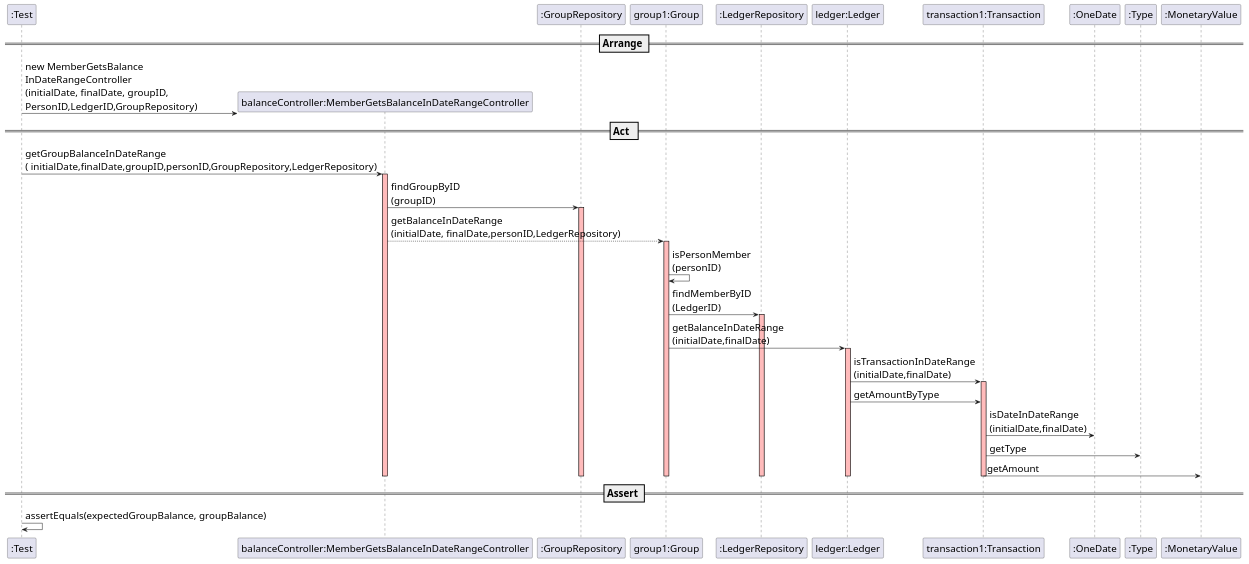
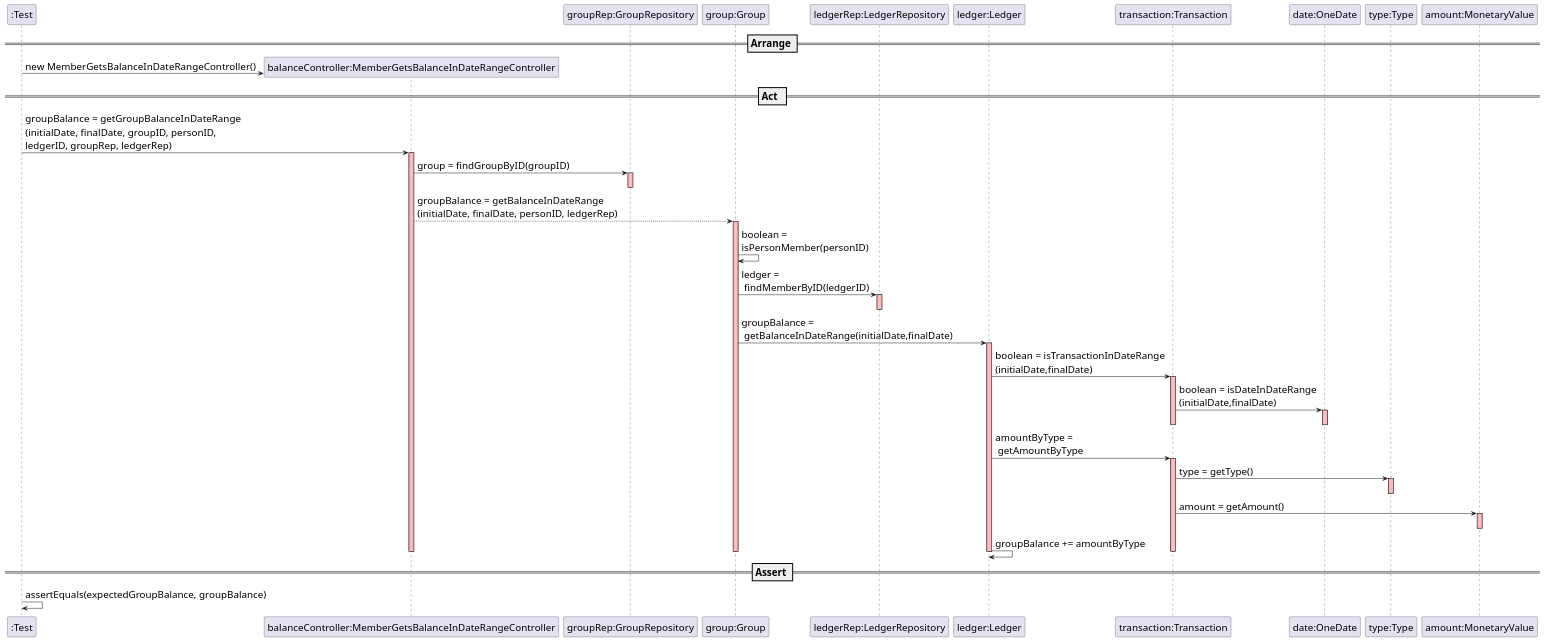
One commit to mleitaoribeiro/DevOpsMaven changed the diagram in src/main/java/switch2019/project/controllers/MemberGetsBalanceInDateRangeDDD.puml. Above: the diagram before and after it, drawn with PlantUML.

```diff
--- a/src/main/java/switch2019/project/controllers/MemberGetsBalanceInDateRangeDDD.puml
+++ b/src/main/java/switch2019/project/controllers/MemberGetsBalanceInDateRangeDDD.puml
@@ -1,65 +1,69 @@
 @startuml
 
 skinparam DefaultFontSize 20
 
 create ":Test"
 
 == Arrange ==
 
 create "balanceController:MemberGetsBalanceInDateRangeController"
-":Test" -> "balanceController:MemberGetsBalanceInDateRangeController" : new MemberGetsBalance\nInDateRangeController\n(initialDate, finalDate, groupID, \nPersonID,LedgerID,GroupRepository)
+":Test" -> "balanceController:MemberGetsBalanceInDateRangeController" : new MemberGetsBalanceInDateRangeController()
 
-participant ":GroupRepository"
-
-participant "group1:Group"
-
-participant ":LedgerRepository"
-
+participant "groupRep:GroupRepository"
+participant "group:Group"
+participant "ledgerRep:LedgerRepository"
 participant "ledger:Ledger"
-
-participant "transaction1:Transaction"
+participant "transaction:Transaction"
 
 == Act  ==
 
-":Test" -> "balanceController:MemberGetsBalanceInDateRangeController" : getGroupBalanceInDateRange\n( initialDate,finalDate,groupID,personID,GroupRepository,LedgerRepository)
+":Test" -> "balanceController:MemberGetsBalanceInDateRangeController" : groupBalance = getGroupBalanceInDateRange\n(initialDate, finalDate, groupID, personID, \nledgerID, groupRep, ledgerRep)
 activate "balanceController:MemberGetsBalanceInDateRangeController" #FFBBBB
 
-"balanceController:MemberGetsBalanceInDateRangeController" -> ":GroupRepository": findGroupByID\n(groupID)
-activate ":GroupRepository" #FFBBBB
+"balanceController:MemberGetsBalanceInDateRangeController" -> "groupRep:GroupRepository": group = findGroupByID(groupID)
+activate "groupRep:GroupRepository" #FFBBBB
+deactivate "groupRep:GroupRepository"
 
-"balanceController:MemberGetsBalanceInDateRangeController" --> "group1:Group": getBalanceInDateRange\n(initialDate, finalDate,personID,LedgerRepository)
-activate "group1:Group" #FFBBBB
+"balanceController:MemberGetsBalanceInDateRangeController" --> "group:Group": groupBalance = getBalanceInDateRange\n(initialDate, finalDate, personID, ledgerRep)
+activate "group:Group" #FFBBBB
 
-"group1:Group" -> "group1:Group": isPersonMember\n(personID)
+"group:Group" -> "group:Group": boolean =\nisPersonMember(personID)
+"group:Group" -> "ledgerRep:LedgerRepository": ledger =\n findMemberByID(ledgerID)
+activate "ledgerRep:LedgerRepository" #FFBBBB
+deactivate "ledgerRep:LedgerRepository"
 
-"group1:Group" -> ":LedgerRepository": findMemberByID\n(LedgerID)
-activate ":LedgerRepository" #FFBBBB
-
-"group1:Group" -> "ledger:Ledger": getBalanceInDateRange\n(initialDate,finalDate)
+"group:Group" -> "ledger:Ledger": groupBalance =\n getBalanceInDateRange(initialDate,finalDate)
 activate "ledger:Ledger" #FFBBBB
 
+"ledger:Ledger" -> "transaction:Transaction": boolean = isTransactionInDateRange\n(initialDate,finalDate)
+activate "transaction:Transaction" #FFBBBB
+"transaction:Transaction" -> "date:OneDate": boolean = isDateInDateRange\n(initialDate,finalDate)
+activate "date:OneDate" #FFBBBB
+deactivate "date:OneDate"
+deactivate "transaction:Transaction"
 
-"ledger:Ledger" -> "transaction1:Transaction": isTransactionInDateRange\n(initialDate,finalDate)
-activate "transaction1:Transaction" #FFBBBB
+"ledger:Ledger" -> "transaction:Transaction": amountByType =\n getAmountByType
+activate "transaction:Transaction" #FFBBBB
 
+"transaction:Transaction" -> "type:Type": type = getType()
+activate "type:Type" #FFBBBB
+deactivate "type:Type"
 
-"ledger:Ledger" -> "transaction1:Transaction": getAmountByType
+"transaction:Transaction" -> "amount:MonetaryValue": amount = getAmount()
+activate "amount:MonetaryValue" #FFBBBB
+deactivate "amount:MonetaryValue"
 
-"transaction1:Transaction" -> ":OneDate":isDateInDateRange\n(initialDate,finalDate)
+"ledger:Ledger" -> "ledger:Ledger": groupBalance += amountByType
 
-"transaction1:Transaction" -> ":Type":getType
-
-"transaction1:Transaction" -> ":MonetaryValue":getAmount
-
-deactivate "transaction1:Transaction"
-deactivate ":LedgerRepository"
-deactivate ":GroupRepository"
+deactivate "transaction:Transaction"
+deactivate "ledgerRep:LedgerRepository"
+deactivate "groupRep:GroupRepository"
 deactivate "ledger:Ledger"
-deactivate "group1:Group"
+deactivate "group:Group"
 deactivate "balanceController:MemberGetsBalanceInDateRangeController"
 
 == Assert ==
 
 ":Test" -> ":Test" : assertEquals(expectedGroupBalance, groupBalance)
 
 @enduml
```
